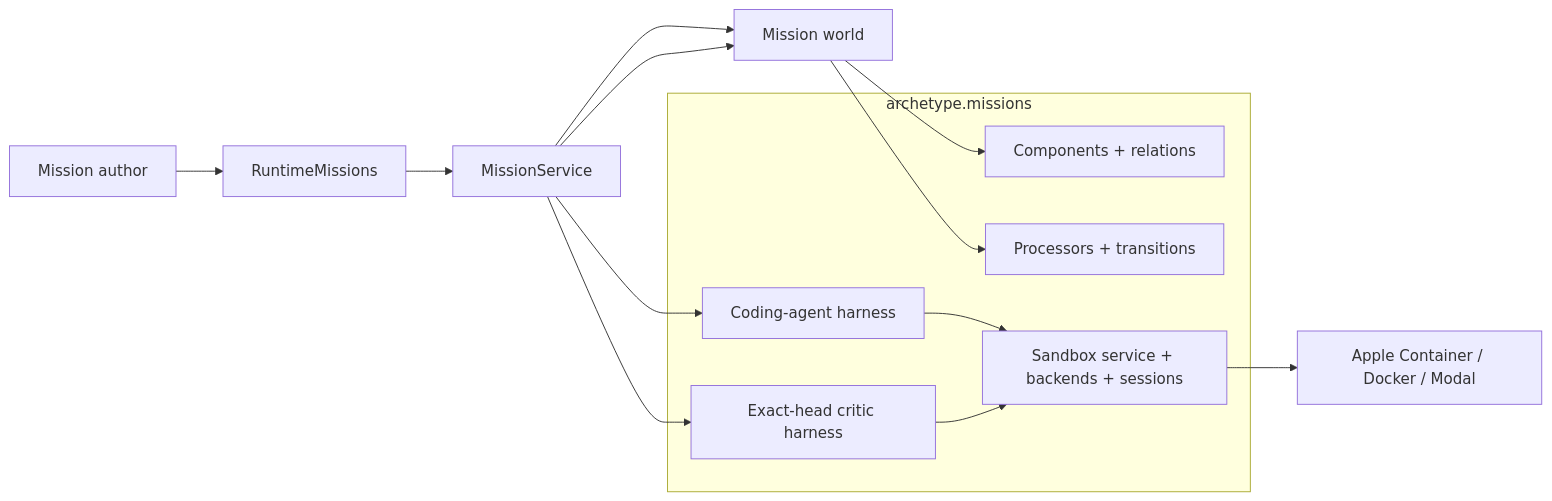
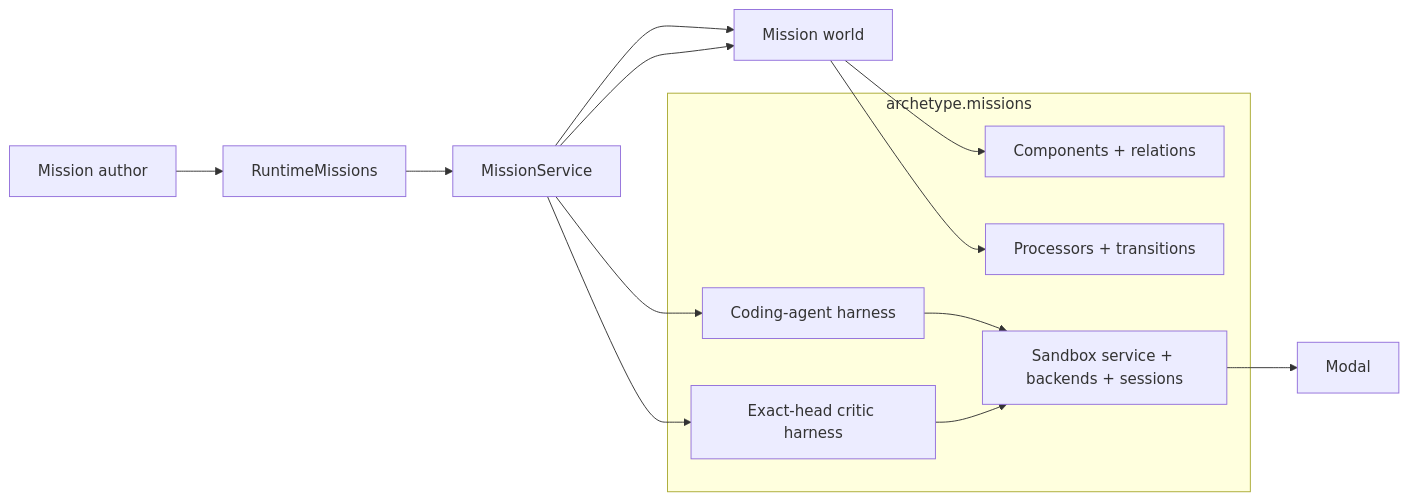
Before and after one commit to VangelisTech/archetype: the first of 3 diagrams in docs/guide/agent-missions.md, drawn with Mermaid. The commit also changed other lines of this file and 78 other files, not shown here.

````diff
--- a/docs/guide/agent-missions.md
+++ b/docs/guide/agent-missions.md
@@ -168,23 +168,23 @@
 ```mermaid
 flowchart LR
     Author[Mission author] --> Runtime[RuntimeMissions]
-    Runtime --> App[MissionService]
-    App --> World[Mission world]
+    Runtime --> Service[MissionService]
+    Service --> World[Mission world]
 
     subgraph Domain[archetype.missions]
         State[Components + relations]
         Behavior[Processors + transitions]
         Agents[Coding-agent harness]
         Critics[Exact-head critic harness]
         Sandboxes[Sandbox service + backends + sessions]
     end
 
     World --> State
     World --> Behavior
-    App --> Agents
-    App --> Critics
+    Service --> Agents
+    Service --> Critics
     Agents --> Sandboxes
     Critics --> Sandboxes
-    Sandboxes --> Provider[Apple Container / Docker / Modal]
-    App --> World
+    Sandboxes --> Provider[Modal]
+    Service --> World
 ```
````
